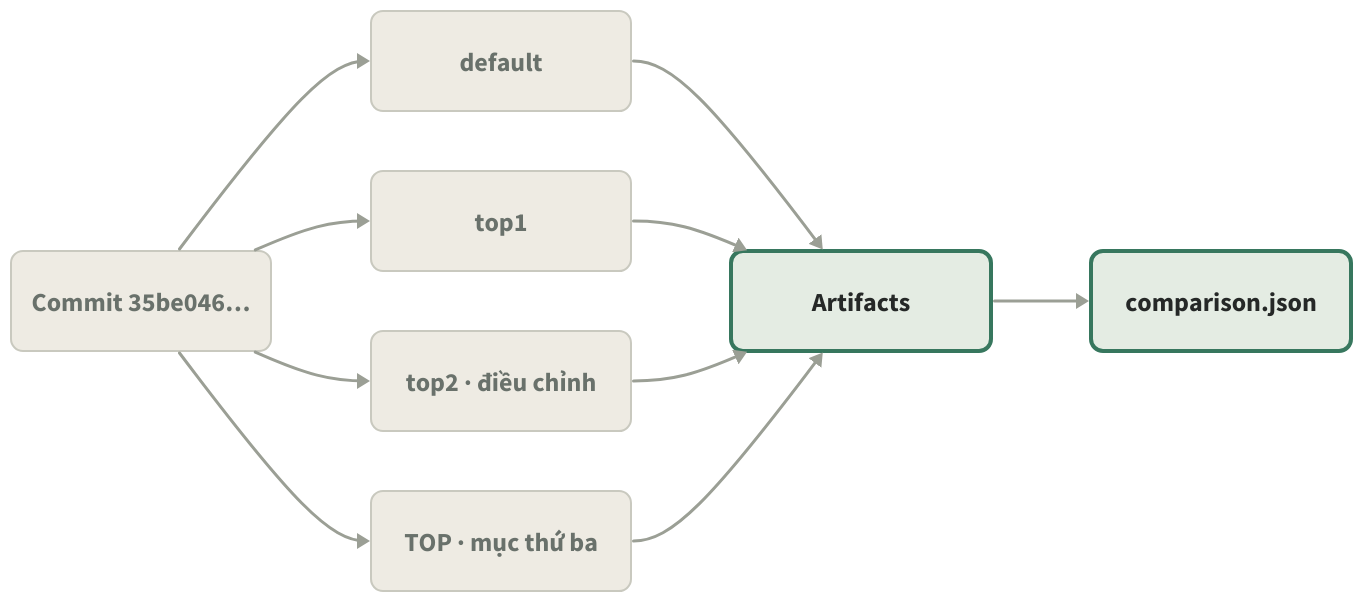
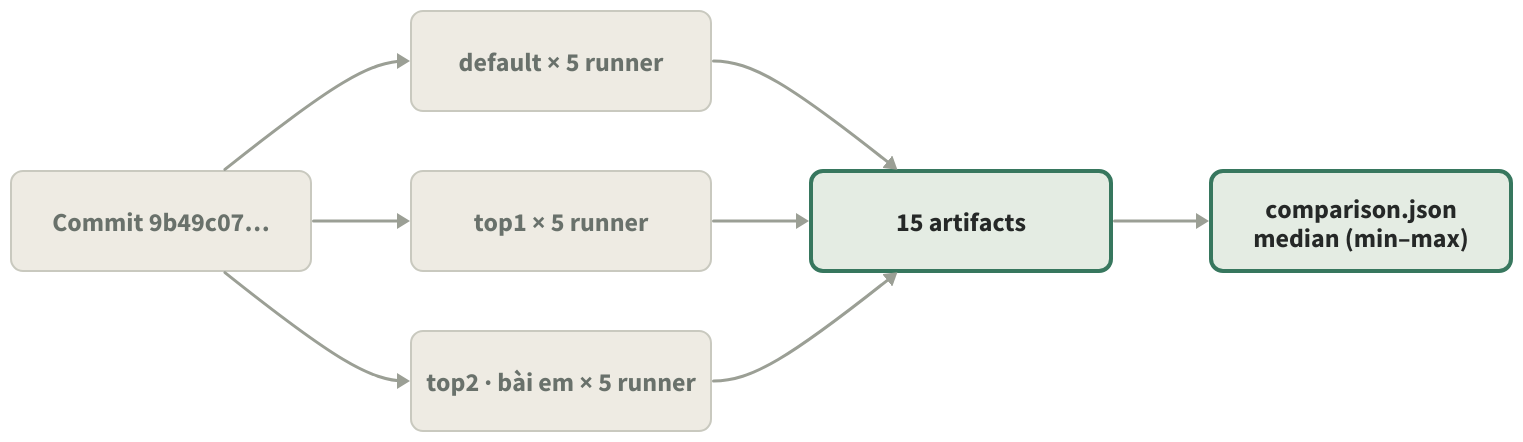
The diagram in presentation/python-diagrams/30-ci-evidence.d2 (newnol/DockerFile-Contest), drawn with D2 before and after one commit. The commit also changed 182 other files, not shown here.

```diff
--- a/presentation/python-diagrams/30-ci-evidence.d2
+++ b/presentation/python-diagrams/30-ci-evidence.d2
@@ -1,21 +1,18 @@
 direction: right
 vars: { d2-config: { sketch: false; theme-id: 0 } }
-classes: { node: { width: 260; height: 100; style: { fill: "#eeebe3"; stroke: "#c9c9bf"; font-color: "#69716b"; font-size: 26; border-radius: 12; stroke-width: 2 } } }
-a: "Commit 35be046…" { class: node }
-b: "default" { class: node }
-c: "top1" { class: node }
-d: "top2 · điều chỉnh" { class: node }
-e: "TOP · mục thứ ba" { class: node }
-f: "Artifacts" { class: node }
+classes: { node: { width: 300; height: 100; style: { fill: "#eeebe3"; stroke: "#c9c9bf"; font-color: "#69716b"; font-size: 26; border-radius: 12; stroke-width: 2 } } }
+a: "Commit 9b49c07…" { class: node }
+b: "default × 5 runner" { class: node }
+c: "top1 × 5 runner" { class: node }
+d: "top2 · bài em × 5 runner" { class: node }
+f: "15 artifacts" { class: node }
+g: "comparison.json\nmedian (min–max)" { class: node }
 f.style: { fill: "#e4ece3"; stroke: "#37775e"; font-color: "#252827"; stroke-width: 4 }
-g: "comparison.json" { class: node }
 g.style: { fill: "#e4ece3"; stroke: "#37775e"; font-color: "#252827"; stroke-width: 4 }
 a -> b: { style: { stroke: "#9b9f95"; stroke-width: 3 } }
+b -> f: { style: { stroke: "#9b9f95"; stroke-width: 3 } }
 a -> c: { style: { stroke: "#9b9f95"; stroke-width: 3 } }
+c -> f: { style: { stroke: "#9b9f95"; stroke-width: 3 } }
 a -> d: { style: { stroke: "#9b9f95"; stroke-width: 3 } }
-a -> e: { style: { stroke: "#9b9f95"; stroke-width: 3 } }
-b -> f: { style: { stroke: "#9b9f95"; stroke-width: 3 } }
-c -> f: { style: { stroke: "#9b9f95"; stroke-width: 3 } }
 d -> f: { style: { stroke: "#9b9f95"; stroke-width: 3 } }
-e -> f: { style: { stroke: "#9b9f95"; stroke-width: 3 } }
 f -> g: { style: { stroke: "#9b9f95"; stroke-width: 3 } }
```
